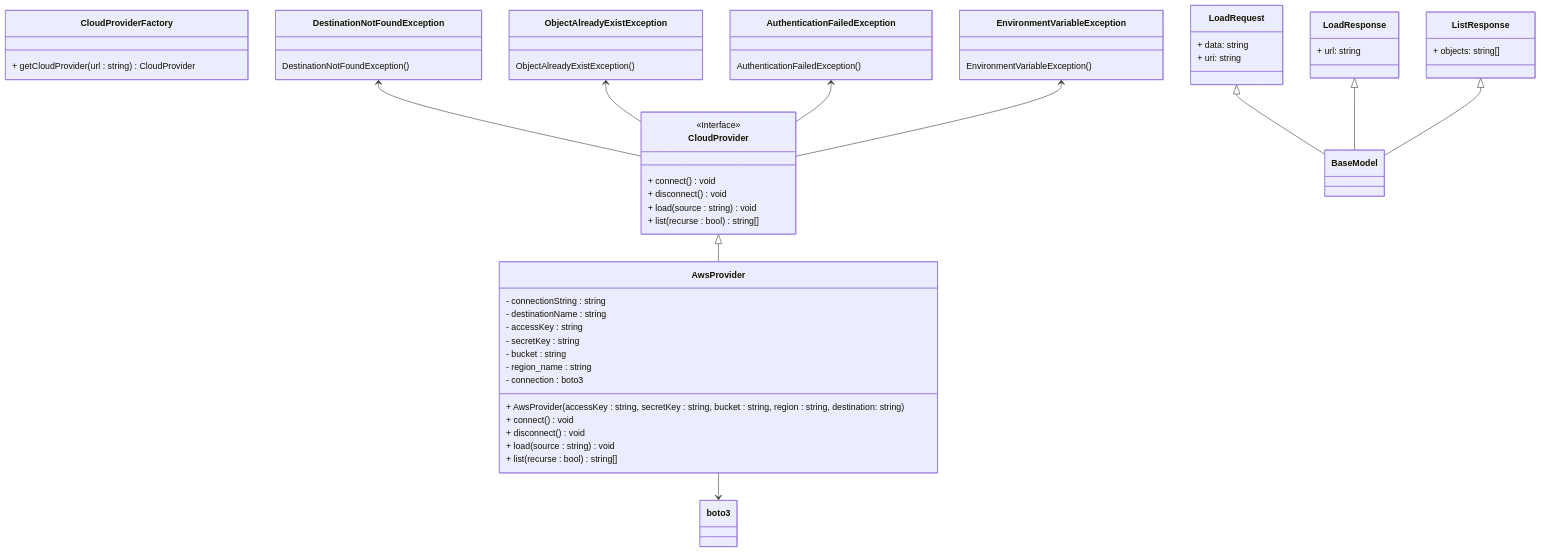
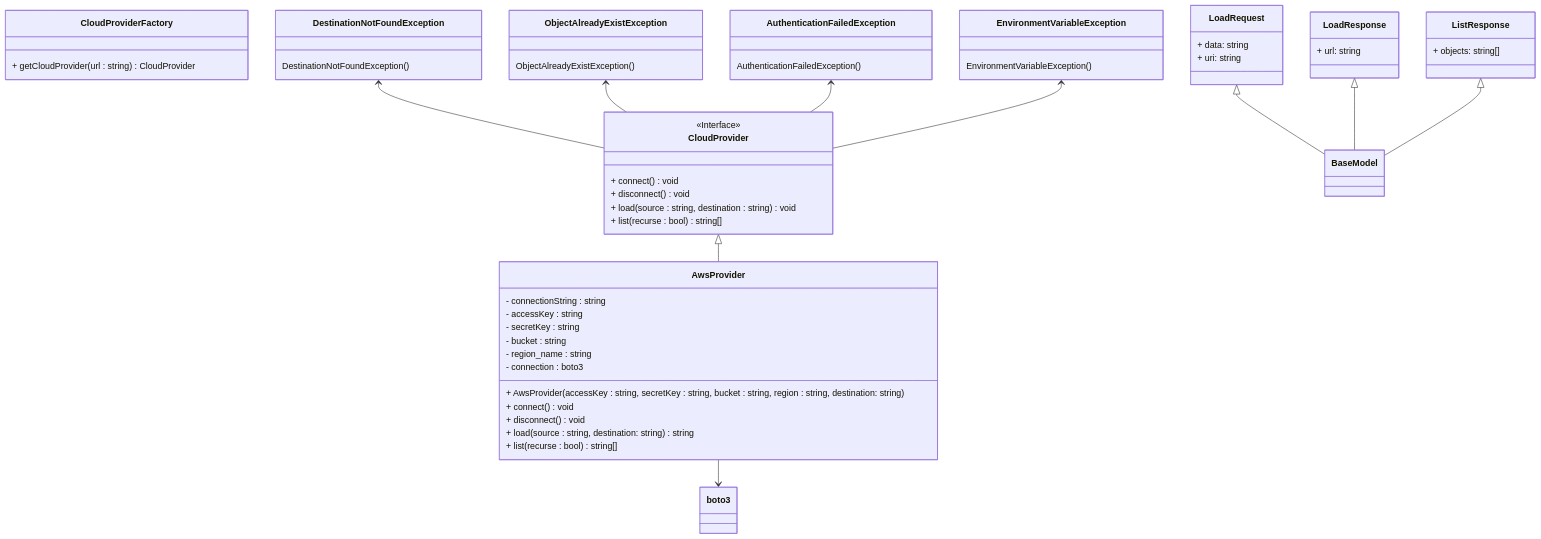
The diagram in docs/class_diagram.md (CPNV-ES-BI1-RIA2-ETL-INTERNAL-SOURCE/BUCKET), drawn with Mermaid before and after one commit. The commit also changed 1 other file, not shown here.

Commit message:
docs: update load method to include destination parameter in class diagrams

`````diff
--- a/docs/class_diagram.md
+++ b/docs/class_diagram.md
@@ -1,73 +1,69 @@
 ````mermaid
 classDiagram
     class CloudProvider {
         <<Interface>>        
         + connect() void
         + disconnect() void
-        + load(source : string) void
+        + load(source : string, destination : string) void
         + list(recurse : bool) string[]
     }
     
     class CloudProviderFactory {
         + getCloudProvider(url : string) CloudProvider
     }
     
     CloudProvider <|-- AwsProvider
     class AwsProvider {
         - connectionString : string
-        - destinationName : string
         - accessKey : string
         - secretKey : string
         - bucket : string
         - region_name : string
         - connection : boto3
 
         + AwsProvider(accessKey : string, secretKey : string, bucket : string, region : string, destination: string)
         + connect() void 
         + disconnect() void
-        + load(source : string) void
+        + load(source : string, destination: string) string
         + list(recurse : bool) string[]
     }
     
     DestinationNotFoundException <-- CloudProvider
     class DestinationNotFoundException {
         DestinationNotFoundException()
     }
     
     ObjectAlreadyExistException <-- CloudProvider
     class ObjectAlreadyExistException {
         ObjectAlreadyExistException()
     }
     
     AuthenticationFailedException <-- CloudProvider
     class AuthenticationFailedException {
         AuthenticationFailedException()
     }
     
     EnvironmentVariableException <-- CloudProvider
     class EnvironmentVariableException {
         EnvironmentVariableException()
     }
 
     AwsProvider --> boto3
     
     
     LoadRequest <|-- BaseModel
     class LoadRequest {
     + data: string
     + uri: string
     }
     
     LoadResponse <|-- BaseModel
     class LoadResponse {
     + url: string
     }
     
     ListResponse <|-- BaseModel
     class ListResponse {
     + objects: string[]
     }
-    
-    
-    
 ````
`````
